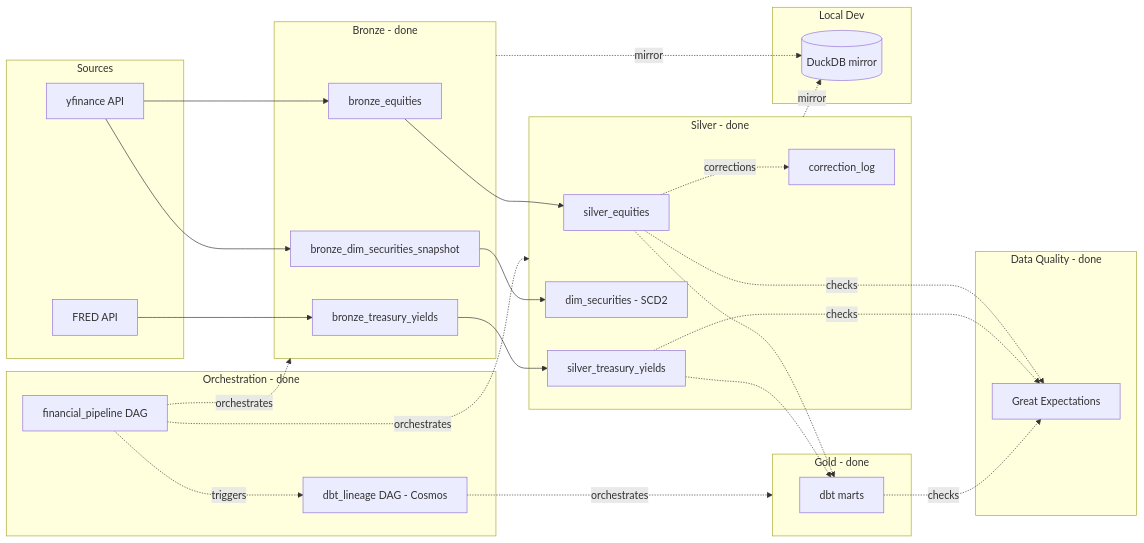
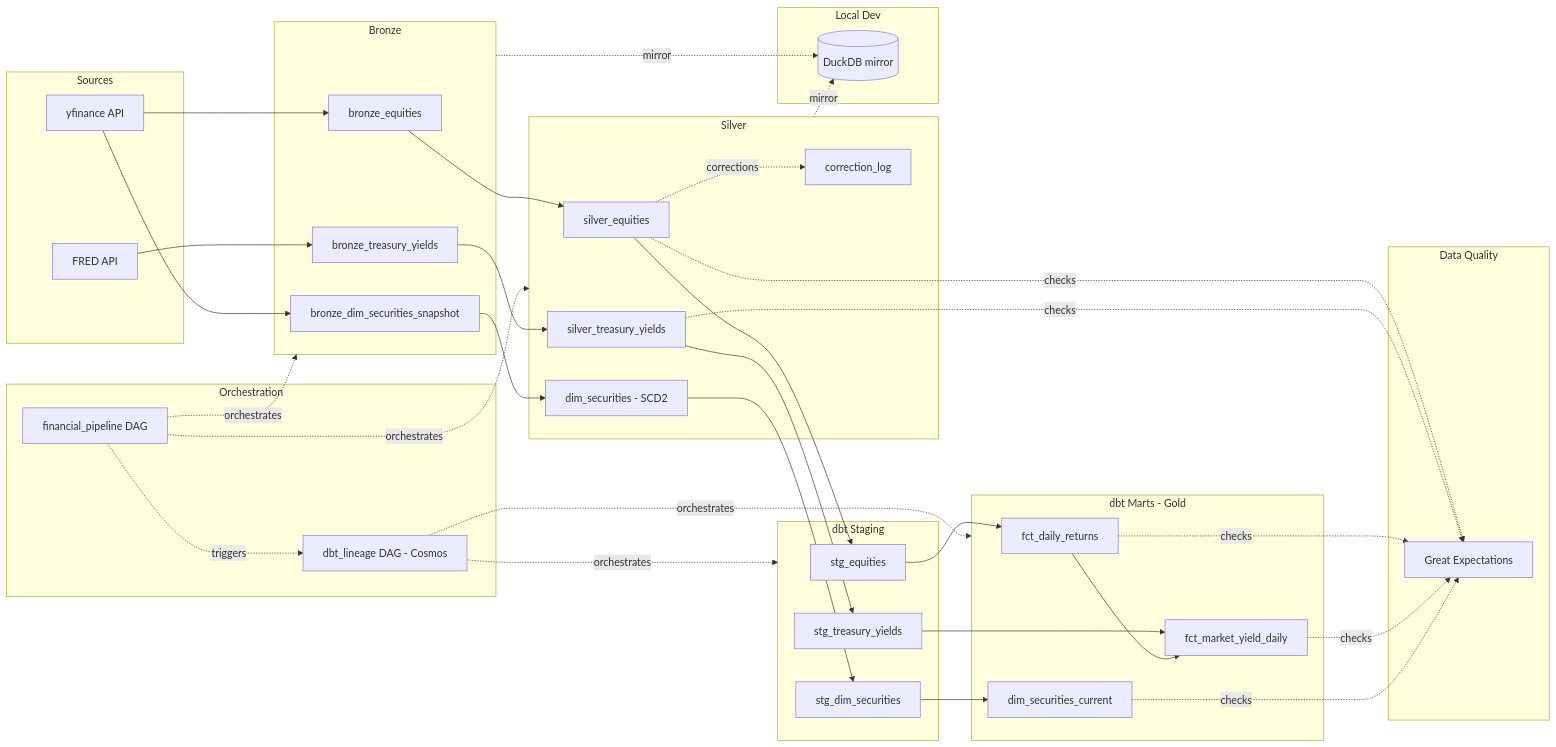
Before and after one commit to hoover180/financial-market-data-pipeline: the diagram in README.md, drawn with Mermaid. The commit also changed other lines of this file and 2 other files, not shown here.

````diff
--- a/README.md
+++ b/README.md
@@ -20,53 +16,63 @@
 ```mermaid
 flowchart LR
     subgraph Sources
         YF[yfinance API]
         FRED[FRED API]
     end
 
-    subgraph Bronze[Bronze - done]
+    subgraph Bronze
         BE[bronze_equities]
         BD[bronze_dim_securities_snapshot]
         BT[bronze_treasury_yields]
     end
 
-    subgraph Silver[Silver - done]
+    subgraph Silver
         SE[silver_equities]
         DS[dim_securities - SCD2]
         CL[correction_log]
         ST[silver_treasury_yields]
     end
 
-    subgraph Gold[Gold - done]
-        G[dbt marts]
+    subgraph Staging[dbt Staging]
+        SGE[stg_equities]
+        SGT[stg_treasury_yields]
+        SGD[stg_dim_securities]
     end
 
-    subgraph Quality[Data Quality - done]
+    subgraph Marts[dbt Marts - Gold]
+        FDR[fct_daily_returns]
+        FMY[fct_market_yield_daily]
+        DSC[dim_securities_current]
+    end
+
+    subgraph Quality[Data Quality]
         GE[Great Expectations]
     end
 
     subgraph Local[Local Dev]
         DDB[(DuckDB mirror)]
     end
 
-    subgraph Orchestration[Orchestration - done]
+    subgraph Orchestration
         FP[financial_pipeline DAG]
         DL[dbt_lineage DAG - Cosmos]
     end
 
-    YF --> BE --> SE
-    FRED --> BT --> ST
-    YF --> BD --> DS
+    YF --> BE --> SE --> SGE --> FDR
+    FRED --> BT --> ST --> SGT --> FMY
+    YF --> BD --> DS --> SGD --> DSC
+    FDR --> FMY
     SE -.corrections.-> CL
-    SE -.-> G
-    ST -.-> G
     SE -.checks.-> GE
     ST -.checks.-> GE
-    G -.checks.-> GE
+    FDR -.checks.-> GE
+    FMY -.checks.-> GE
+    DSC -.checks.-> GE
     Bronze -.mirror.-> DDB
     Silver -.mirror.-> DDB
     FP -.orchestrates.-> Bronze
     FP -.orchestrates.-> Silver
     FP -.triggers.-> DL
-    DL -.orchestrates.-> Gold
+    DL -.orchestrates.-> Staging
+    DL -.orchestrates.-> Marts
 ```
````
